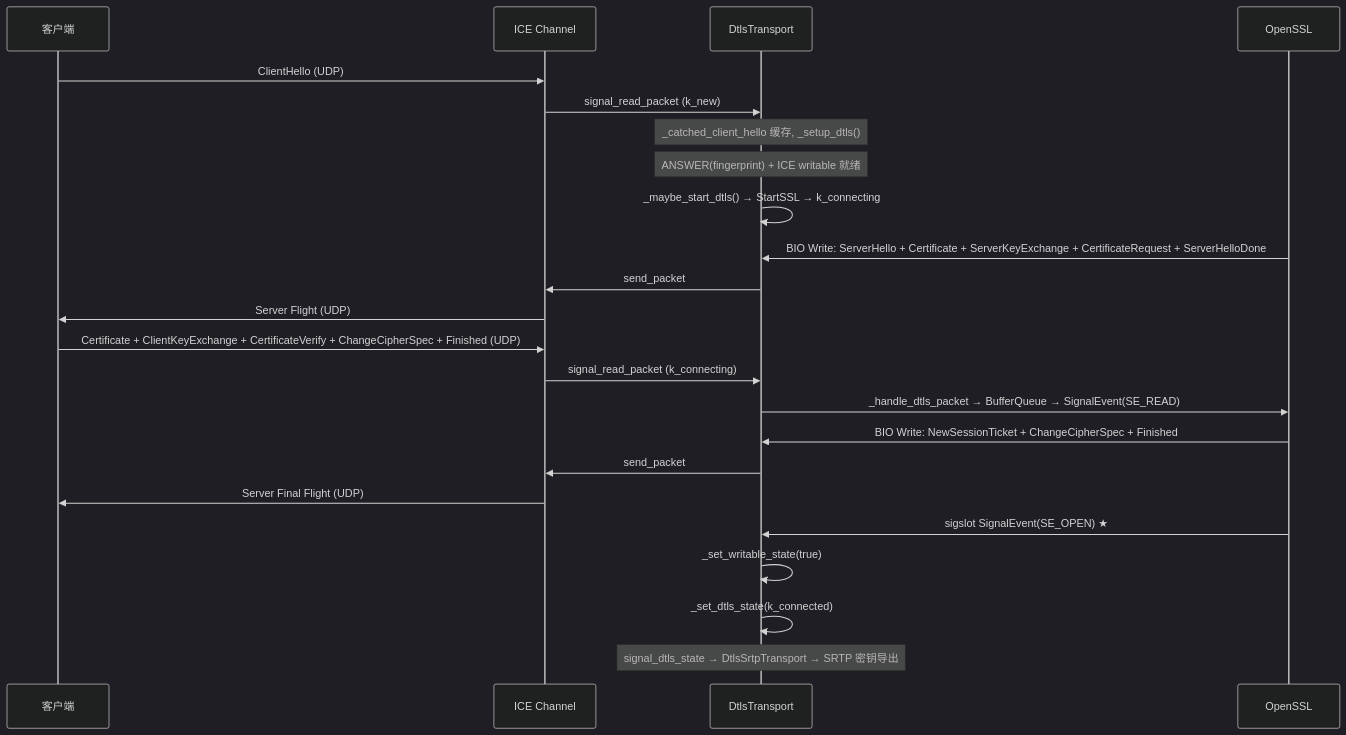
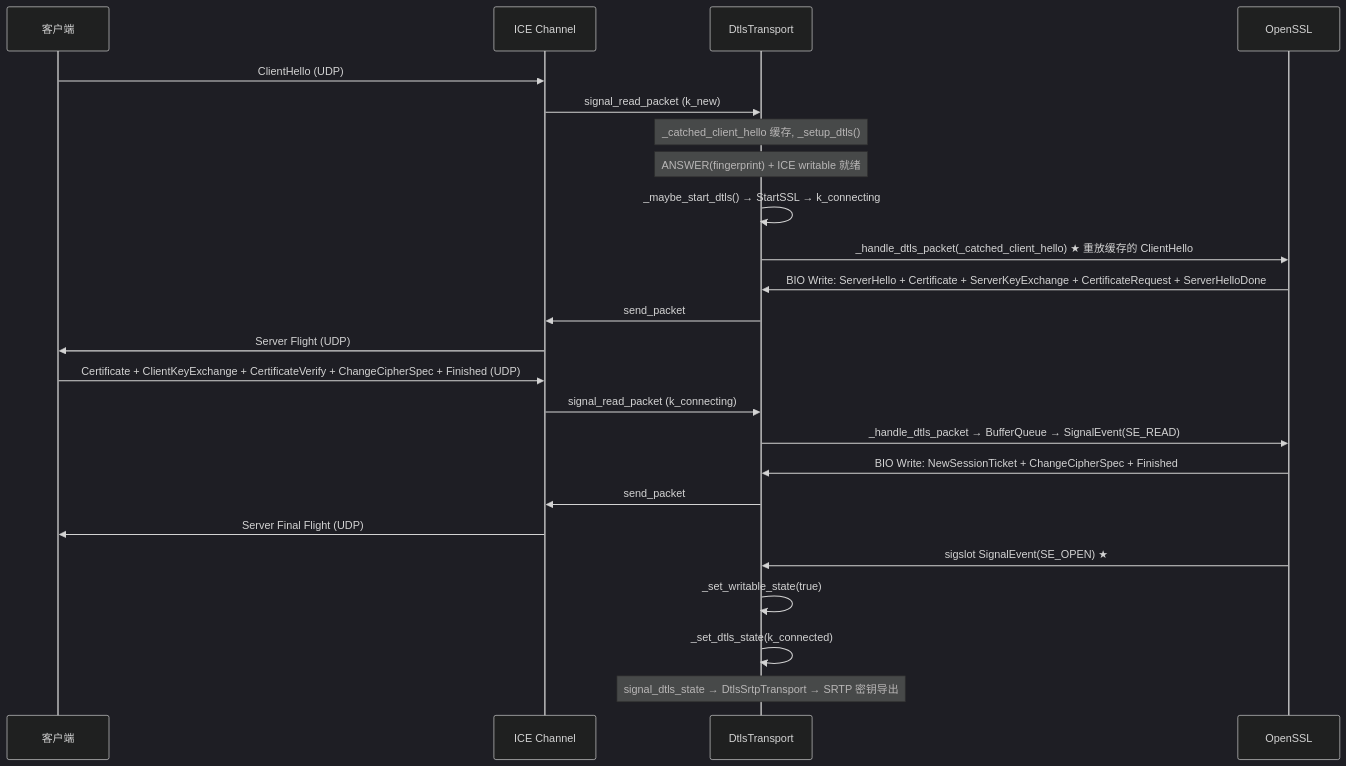
One commit to QlieQueen/xrtc-server changed the fourth of 20 diagrams in note/cross-module-deep-dive.md. Above: the diagram before and after it, drawn with Mermaid (dark theme).

Commit message:
fix: §7.11 图A 补上缓存的ClientHello重放进OpenSSL

````diff
--- a/note/cross-module-deep-dive.md
+++ b/note/cross-module-deep-dive.md
@@ -1796,31 +1796,32 @@
 ```mermaid
 sequenceDiagram
     participant Client as 客户端
     participant ICE as ICE Channel
     participant DTLS as DtlsTransport
     participant SSL as OpenSSL
 
     Client->>ICE: ClientHello (UDP)
     ICE->>DTLS: signal_read_packet (k_new)
     Note over DTLS: _catched_client_hello 缓存, _setup_dtls()
 
     Note over DTLS: ANSWER(fingerprint) + ICE writable 就绪
     DTLS->>DTLS: _maybe_start_dtls() → StartSSL → k_connecting
+    DTLS->>SSL: _handle_dtls_packet(_catched_client_hello) ★ 重放缓存的 ClientHello
 
     SSL->>DTLS: BIO Write: ServerHello + Certificate + ServerKeyExchange + CertificateRequest + ServerHelloDone
     DTLS->>ICE: send_packet
     ICE->>Client: Server Flight (UDP)
 
     Client->>ICE: Certificate + ClientKeyExchange + CertificateVerify + ChangeCipherSpec + Finished (UDP)
     ICE->>DTLS: signal_read_packet (k_connecting)
     DTLS->>SSL: _handle_dtls_packet → BufferQueue → SignalEvent(SE_READ)
 
     SSL->>DTLS: BIO Write: NewSessionTicket + ChangeCipherSpec + Finished
     DTLS->>ICE: send_packet
     ICE->>Client: Server Final Flight (UDP)
 
     SSL->>DTLS: sigslot SignalEvent(SE_OPEN) ★
     DTLS->>DTLS: _set_writable_state(true)
     DTLS->>DTLS: _set_dtls_state(k_connected)
     Note over DTLS: signal_dtls_state → DtlsSrtpTransport → SRTP 密钥导出
 ```
````
